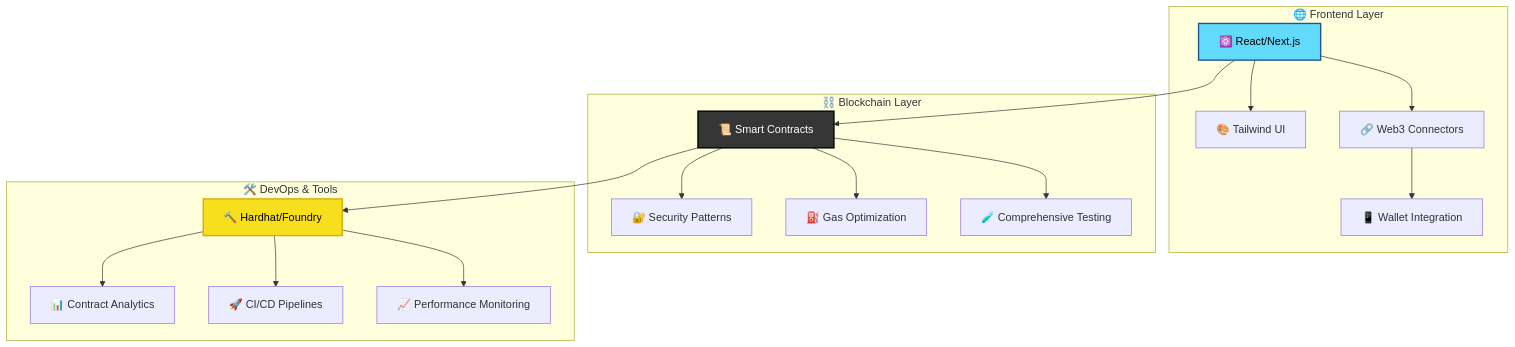
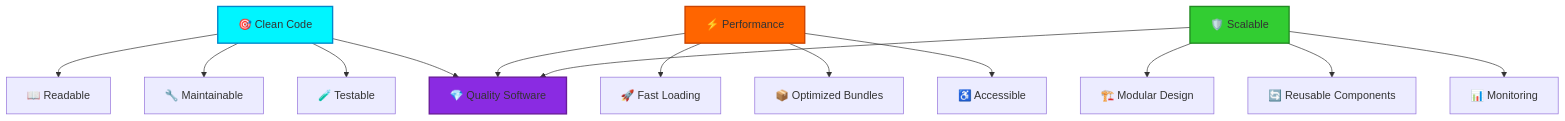
One commit to Vishal-770/Vishal-770 changed the diagram in README.md. Above: the diagram before and after it, drawn with Mermaid. The commit also changed other lines of this file, not shown here.

````diff
--- a/README.md
+++ b/README.md
@@ -151,27 +125,23 @@
 ```mermaid
 graph TB
-    subgraph "🌐 Frontend Layer"
-        A[⚛️ React/Next.js] --> B[🎨 Tailwind UI]
-        A --> C[🔗 Web3 Connectors]
-        C --> D[📱 Wallet Integration]
-    end
+    A[🎯 Clean Code] --> B[📖 Readable]
+    A --> C[🔧 Maintainable]
+    A --> D[🧪 Testable]
     
-    subgraph "⛓️ Blockchain Layer"
-        E[📜 Smart Contracts] --> F[🔐 Security Patterns]
-        E --> G[⛽ Gas Optimization]
-        E --> H[🧪 Comprehensive Testing]
-    end
+    E[⚡ Performance] --> F[🚀 Fast Loading]
+    E --> G[📦 Optimized Bundles]
+    E --> H[♿ Accessible]
     
-    subgraph "🛠️ DevOps & Tools"
-        I[🔨 Hardhat/Foundry] --> J[📊 Contract Analytics]
-        I --> K[🚀 CI/CD Pipelines]
-        I --> L[📈 Performance Monitoring]
-    end
+    I[🛡️ Scalable] --> J[🏗️ Modular Design]
+    I --> K[🔄 Reusable Components]
+    I --> L[📊 Monitoring]
     
-    A --> E
-    E --> I
+    A --> M[💎 Quality Software]
+    E --> M
+    I --> M
     
-    style A fill:#61dafb,stroke:#21568b,stroke-width:2px,color:#000
-    style E fill:#363636,stroke:#000,stroke-width:2px,color:#fff
-    style I fill:#f7df1e,stroke:#d4ac0d,stroke-width:2px,color:#000
+    style A fill:#00f5ff,stroke:#0088cc,stroke-width:2px
+    style E fill:#ff6500,stroke:#cc4400,stroke-width:2px
+    style I fill:#32cd32,stroke:#228b22,stroke-width:2px
+    style M fill:#8a2be2,stroke:#6a1b9a,stroke-width:2px
 ```
````
